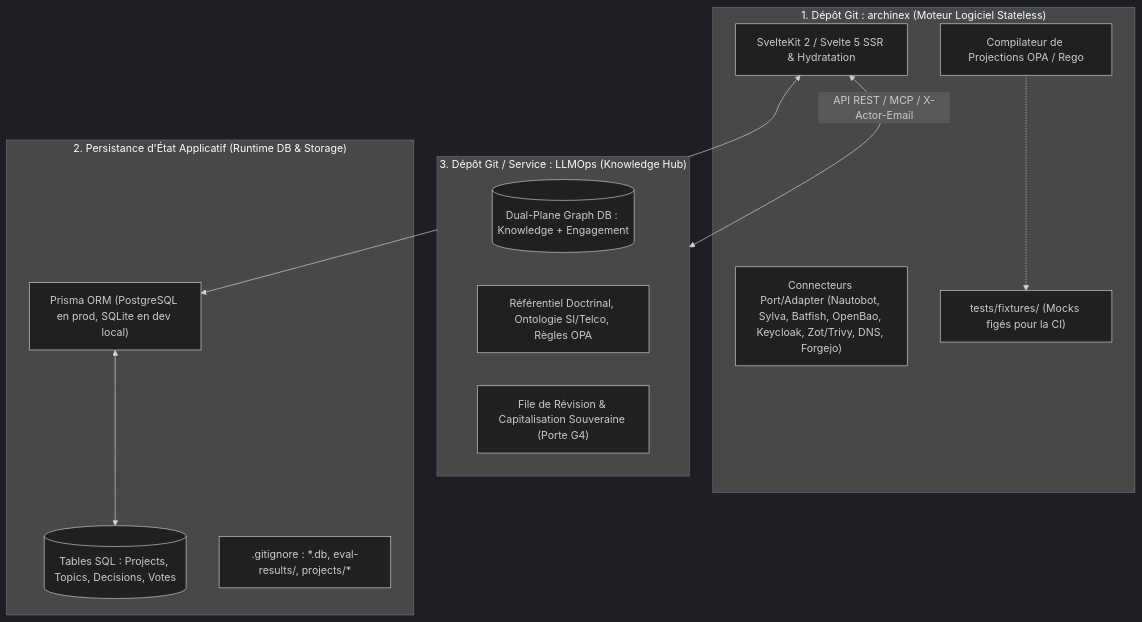
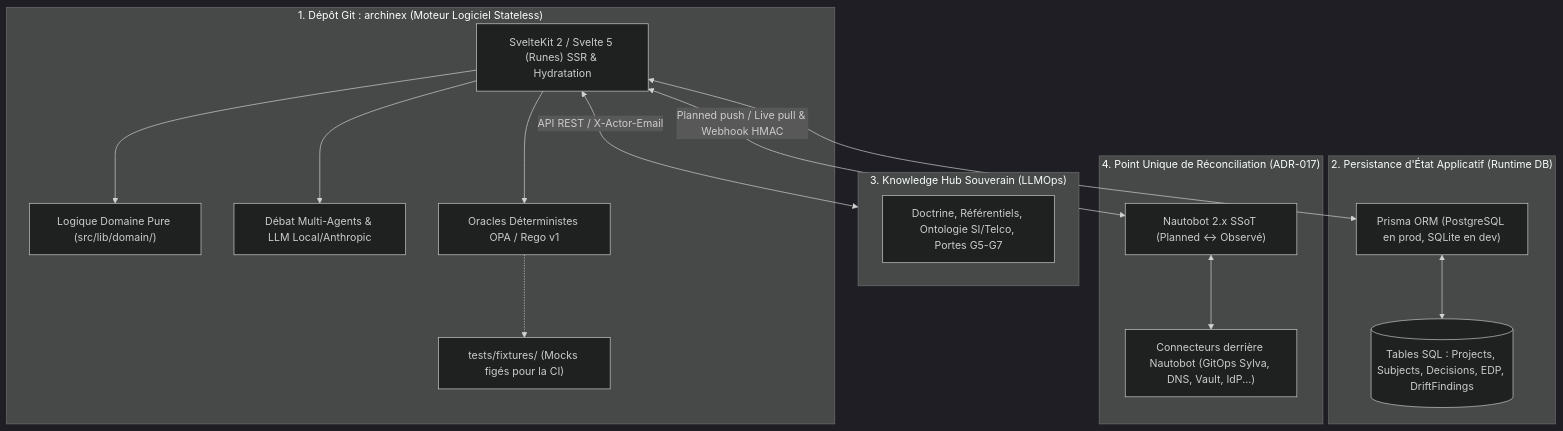
The diagram in ARCHITECTURE.md (MauriceIsrael/archinex), drawn with Mermaid (dark theme) before and after one commit. The commit also changed other lines of this file and 21 other files, not shown here.

Commit message:
docs: unifier le parcours (5 phases), scinder ARCHITECTURE.md, ajouter ADR 018-020, verifier les liens CI et generer les metriques (#395)

````diff
--- a/ARCHITECTURE.md
+++ b/ARCHITECTURE.md
@@ -972,26 +16,34 @@
 ```mermaid
 flowchart TD
     subgraph RepoCode["1. Dépôt Git : archinex (Moteur Logiciel Stateless)"]
-        UI["SvelteKit 2 / Svelte 5 SSR & Hydratation"]
-        OPA["Compilateur de Projections OPA / Rego"]
-        Connectors["Connecteurs Port/Adapter (Nautobot, Sylva, Batfish, OpenBao, Keycloak, Zot/Trivy, DNS, Forgejo)"]
+        UI["SvelteKit 2 / Svelte 5 (Runes) SSR & Hydratation"]
+        Domain["Logique Domaine Pure (src/lib/domain/)"]
+        Agents["Débat Multi-Agents & LLM Local/Anthropic"]
+        OPA["Oracles Déterministes OPA / Rego v1"]
         Fixtures["tests/fixtures/ (Mocks figés pour la CI)"]
     end
 
-    subgraph StateRuntime["2. Persistance d'État Applicatif (Runtime DB & Storage)"]
-        PrismaORM["Prisma ORM (PostgreSQL en prod, SQLite en dev local)"]
-        DB[(Tables SQL : Projects, Topics, Decisions, Votes)]
-        IgnoredFiles[".gitignore : *.db, eval-results/, projects/*"]
+    subgraph StateRuntime["2. Persistance d'État Applicatif (Runtime DB)"]
+        PrismaORM["Prisma ORM (PostgreSQL en prod, SQLite en dev)"]
+        DB[(Tables SQL : Projects, Subjects, Decisions, EDP, DriftFindings)]
     end
 
-    subgraph SovereignHub["3. Dépôt Git / Service : LLMOps (Knowledge Hub)"]
-        GraphDB[(Dual-Plane Graph DB : Knowledge + Engagement)]
-        DoctrineRegistry["Référentiel Doctrinal, Ontologie SI/Telco, Règles OPA"]
-        GateG4["File de Révision & Capitalisation Souveraine (Porte G4)"]
+    subgraph SovereignHub["3. Knowledge Hub Souverain (LLMOps)"]
+        DoctrineRegistry["Doctrine, Référentiels, Ontologie SI/Telco, Portes G5-G7"]
     end
 
+    subgraph Reconciliation["4. Point Unique de Réconciliation (ADR-017)"]
+        Nautobot["Nautobot 2.x SSoT (Planned ↔ Observé)"]
+        Connectors["Connecteurs derrière Nautobot (GitOps Sylva, DNS, Vault, IdP...)"]
+    end
+
+    UI --> Domain
     UI <--> PrismaORM
     PrismaORM <--> DB
+    UI --> Agents
+    UI --> OPA
     OPA -.-> Fixtures
-    UI <-->|API REST / MCP / X-Actor-Email| SovereignHub
+    UI <-->|API REST / X-Actor-Email| SovereignHub
+    UI <-->|Planned push / Live pull & Webhook HMAC| Nautobot
+    Nautobot <--> Connectors
 ```
````
